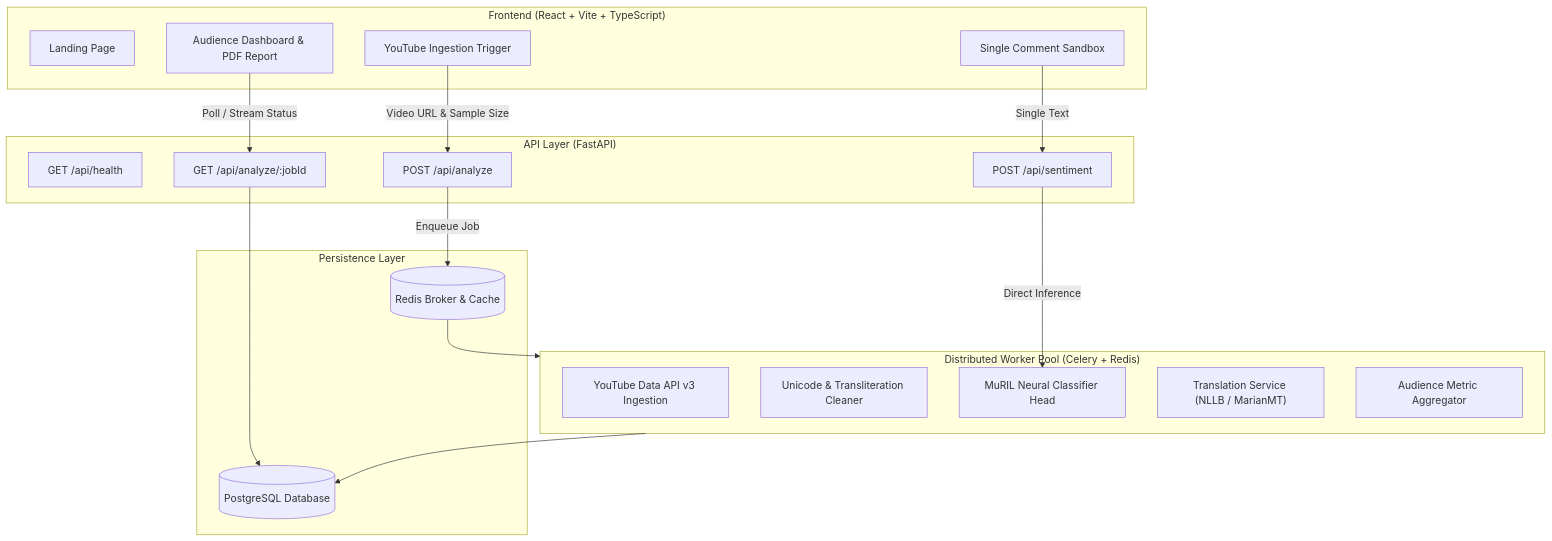
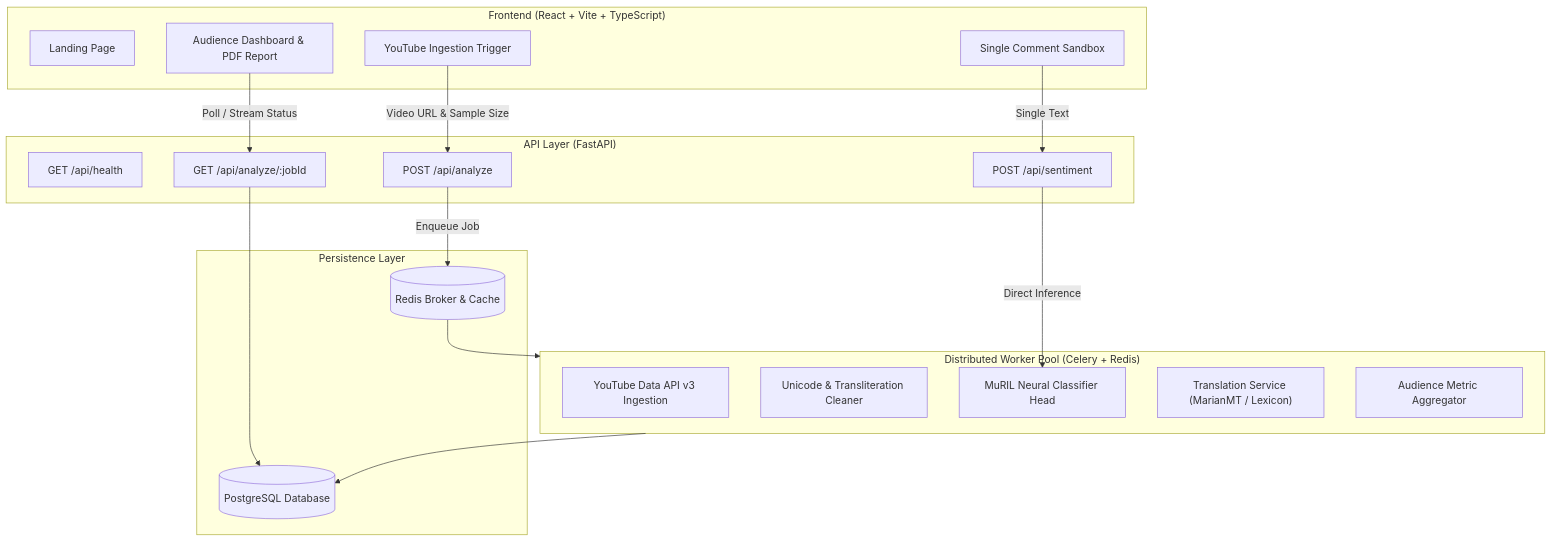
Before and after one commit to sumedhacp/kollamo-ai-v2: the diagram in README.md, drawn with Mermaid. The commit also changed other lines of this file and 17 other files, not shown here.

````diff
--- a/README.md
+++ b/README.md
@@ -18,38 +20,38 @@
 ```mermaid
 flowchart TD
     subgraph Client ["Frontend (React + Vite + TypeScript)"]
         UI_Home["Landing Page"]
         UI_Sandbox["Single Comment Sandbox"]
         UI_Analyze["YouTube Ingestion Trigger"]
         UI_Dashboard["Audience Dashboard & PDF Report"]
     end
 
     subgraph API ["API Layer (FastAPI)"]
         HealthRoute["GET /api/health"]
         SentimentRoute["POST /api/sentiment"]
         AnalyzeRoute["POST /api/analyze"]
         JobRoute["GET /api/analyze/:jobId"]
     end
 
     subgraph Workers ["Distributed Worker Pool (Celery + Redis)"]
         YT_Ingest["YouTube Data API v3 Ingestion"]
         Preprocessor["Unicode & Transliteration Cleaner"]
         InferenceEngine["MuRIL Neural Classifier Head"]
-        TranslationSvc["Translation Service (NLLB / MarianMT)"]
+        TranslationSvc["Translation Service (MarianMT / Lexicon)"]
         Aggregator["Audience Metric Aggregator"]
     end
 
     subgraph Storage ["Persistence Layer"]
         PG[(PostgreSQL Database)]
         RedisCache[(Redis Broker & Cache)]
     end
 
     UI_Sandbox -->|Single Text| SentimentRoute
     UI_Analyze -->|Video URL & Sample Size| AnalyzeRoute
     SentimentRoute -->|Direct Inference| InferenceEngine
     AnalyzeRoute -->|Enqueue Job| RedisCache
     RedisCache --> Workers
     Workers --> PG
     UI_Dashboard -->|Poll / Stream Status| JobRoute
     JobRoute --> PG
 ```
````
